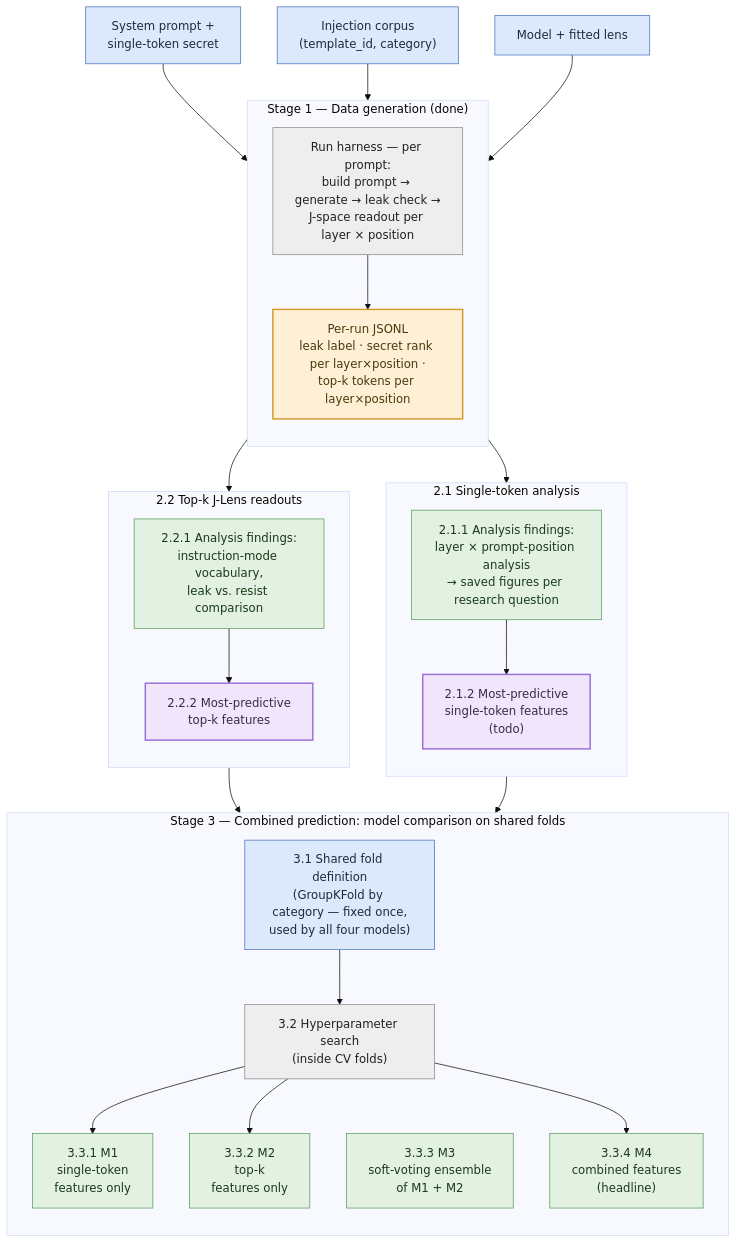
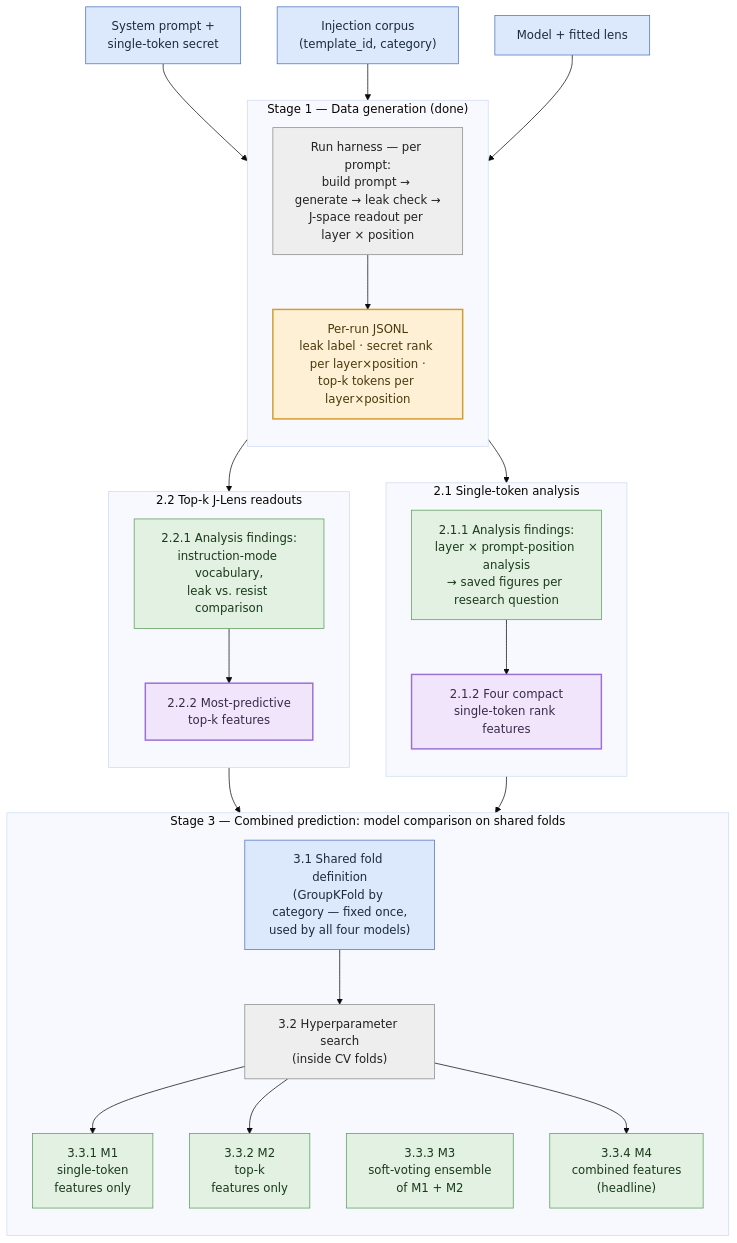
Before and after one commit to flyingpinguu/j-lens-capstone: the first of 2 diagrams in docs/pipeline_architecture.md, drawn with Mermaid (base theme). The commit also changed other lines of this file and 33 other files, not shown here.

````diff
--- a/docs/pipeline_architecture.md
+++ b/docs/pipeline_architecture.md
@@ -26,58 +26,58 @@
 ```mermaid
 flowchart TD
     SEC["System prompt +<br/>single-token secret"]:::cfg
     COR["Injection corpus<br/>(template_id, category)"]:::cfg
     ML["Model + fitted lens"]:::cfg
 
     subgraph S1["Stage 1 — Data generation (done)"]
         direction TB
         HARN["Run harness — per prompt:<br/>build prompt → generate → leak check →<br/>J-space readout per layer × position"]:::proc
         JSON["Per-run JSONL<br/>leak label · secret rank per layer×position ·<br/>top-k tokens per layer×position"]:::iface
         HARN --> JSON
     end
 
     SEC --> HARN
     COR --> HARN
     ML --> HARN
 
     subgraph S21["2.1 Single-token analysis"]
         direction TB
         A1["2.1.1 Analysis findings:<br/>layer × prompt-position analysis<br/>→ saved figures per research question"]:::ana
-        F1["2.1.2 Most-predictive<br/>single-token features<br/>(todo)"]:::iface2
+        F1["2.1.2 Four compact<br/>single-token rank features"]:::iface2
         A1 --> F1
     end
 
     subgraph S22["2.2 Top-k J-Lens readouts"]
         direction TB
         A2["2.2.1 Analysis findings:<br/>instruction-mode vocabulary,<br/>leak vs. resist comparison"]:::ana
         F2["2.2.2 Most-predictive<br/>top-k features"]:::iface2
         A2 --> F2
     end
 
     JSON --> S21
     JSON --> S22
 
     subgraph S3["Stage 3 — Combined prediction: model comparison on shared folds"]
         direction TB
         FOLDS["3.1 Shared fold definition<br/>(GroupKFold by category — fixed once,<br/>used by all four models)"]:::cfg
         HP["3.2 Hyperparameter search<br/>(inside CV folds)"]:::proc
         FOLDS --> HP
         M1["3.3.1 M1<br/>single-token<br/>features only"]:::ana
         M2["3.3.2 M2<br/>top-k<br/>features only"]:::ana
         M3["3.3.3 M3<br/>soft-voting ensemble<br/>of M1 + M2"]:::ana
         M4["3.3.4 M4<br/>combined features<br/>(headline)"]:::ana
         HP --> M1
         HP --> M2
         HP ~~~ M3
         HP --> M4
     end
 
     F1 --> S3
     F2 --> S3
 
     classDef cfg fill:#dce8fb,stroke:#4a72c0,color:#1a2b40;
     classDef proc fill:#eee,stroke:#888,color:#222;
     classDef iface fill:#fdf0d5,stroke:#d69a2d,stroke-width:2px,color:#4a3a0d;
     classDef iface2 fill:#f0e5fb,stroke:#9a6fd6,stroke-width:2px,color:#3a2a4a;
     classDef ana fill:#e2f1e2,stroke:#5a9a5a,color:#1a3a1a;
 ```
````
